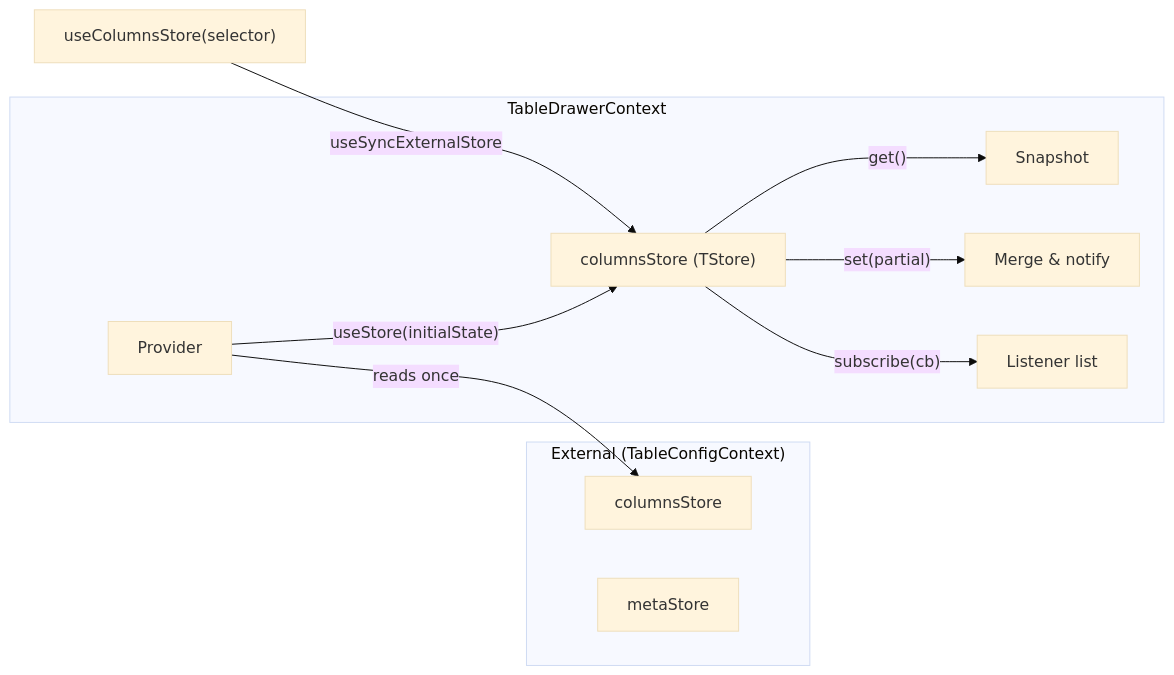
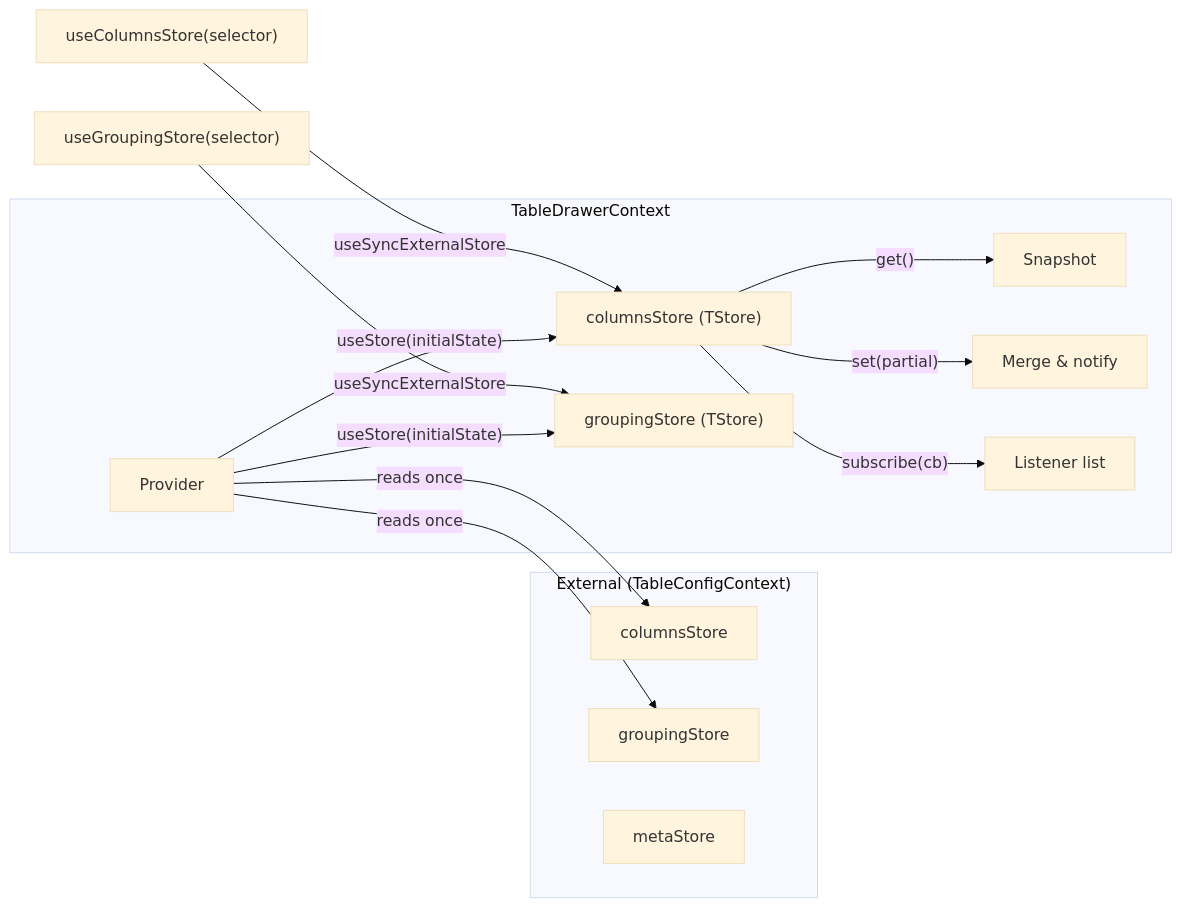
Before and after one commit to luciocabrera/lcabrera-stack: the first of 2 diagrams in packages/ui/src/components/Table/TableSettingsDrawer/TableDrawerContext/ARCHITECTURE.md, drawn with Mermaid (base theme). The commit also changed other lines of this file and 45 other files, not shown here.

````diff
--- a/packages/ui/src/components/Table/TableSettingsDrawer/TableDrawerContext/ARCHITECTURE.md
+++ b/packages/ui/src/components/Table/TableSettingsDrawer/TableDrawerContext/ARCHITECTURE.md
@@ -46,18 +65,22 @@
 ```mermaid
 graph LR
   subgraph "External (TableConfigContext)"
     TC["columnsStore"]
+    GS0["groupingStore"]
     MS["metaStore"]
   end
 
   subgraph "TableDrawerContext"
     Provider["Provider"] -->|reads once| TC
+    Provider -->|reads once| GS0
     Provider -->|"useStore(initialState)"| CS["columnsStore (TStore)"]
+    Provider -->|"useStore(initialState)"| GS["groupingStore (TStore)"]
 
     CS -->|"get()"| Get["Snapshot"]
     CS -->|"set(partial)"| Set["Merge & notify"]
     CS -->|"subscribe(cb)"| Sub["Listener list"]
   end
 
   useColumnsStore["useColumnsStore(selector)"] -->|"useSyncExternalStore"| CS
+  useGroupingStore["useGroupingStore(selector)"] -->|"useSyncExternalStore"| GS
 ```
````
